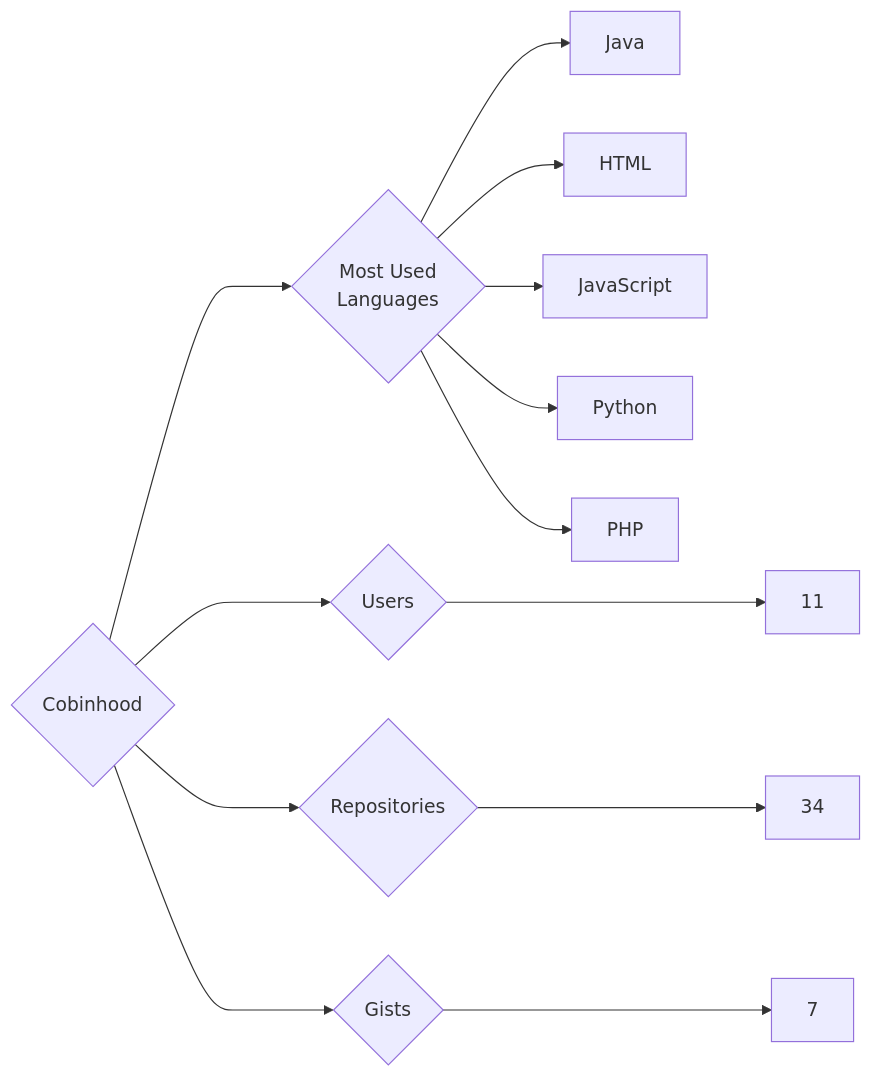
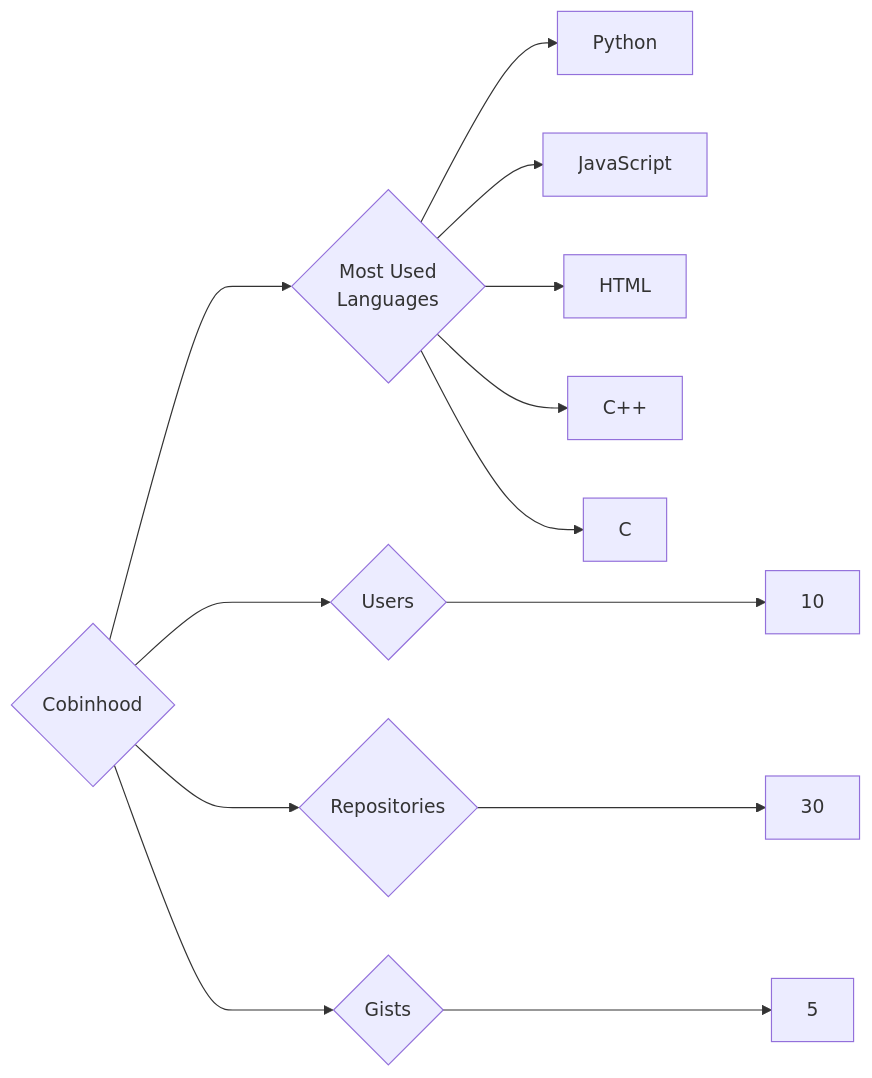
One commit to trickest/insiders changed the diagram in targets/Cobinhood/README.md. Above: the diagram before and after it, drawn with Mermaid. The commit also changed 1195 other files, not shown here.

````diff
--- a/targets/Cobinhood/README.md
+++ b/targets/Cobinhood/README.md
@@ -3,13 +3,13 @@
 ```mermaid
 graph LR
 COMPANY_NAME{Cobinhood}
-COMPANY_NAME ---> U{Users} ---> UN[11]
-COMPANY_NAME ---> R{Repositories} ---> RN[34]
-COMPANY_NAME ---> G{Gists} ---> GN[7]
+COMPANY_NAME ---> U{Users} ---> UN[10]
+COMPANY_NAME ---> R{Repositories} ---> RN[30]
+COMPANY_NAME ---> G{Gists} ---> GN[5]
 COMPANY_NAME ---> ML{Most Used<br>Languages}
-ML --> Java[Java]
+ML --> Python[Python]
+ML --> JavaScript[JavaScript]
 ML --> HTML[HTML]
-ML --> JavaScript[JavaScript]
-ML --> Python[Python]
-ML --> PHP[PHP]
+ML --> C++[C++]
+ML --> C[C]
 ```
````
